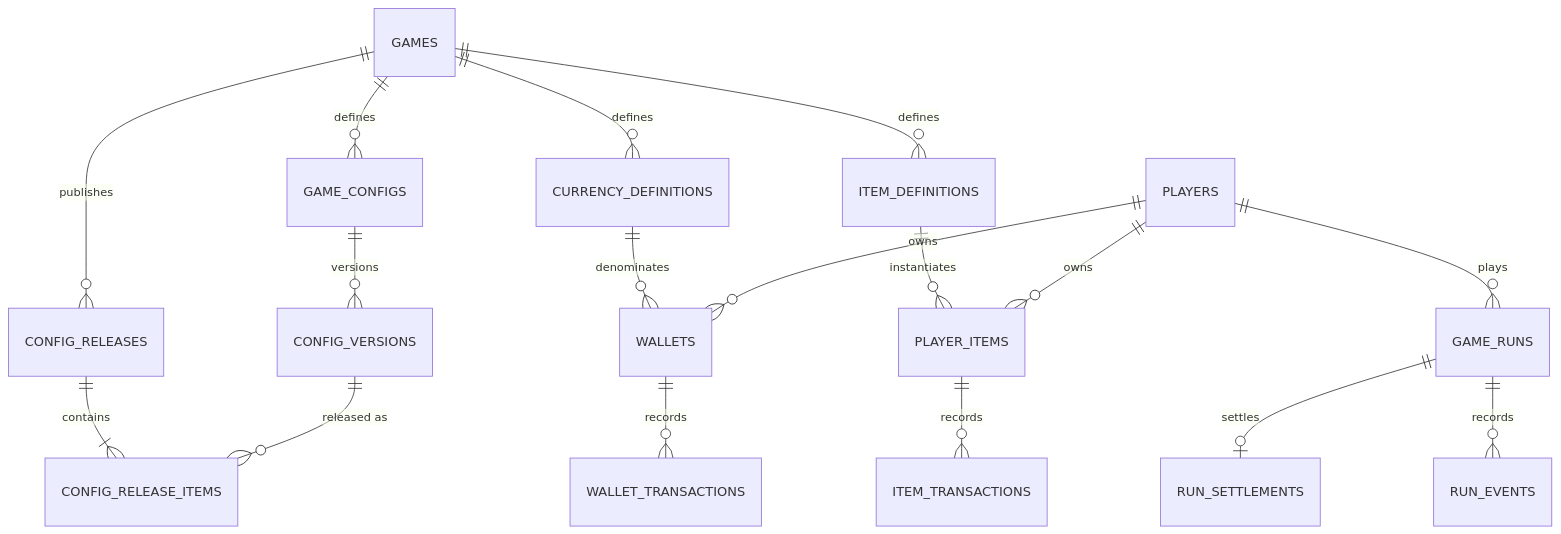
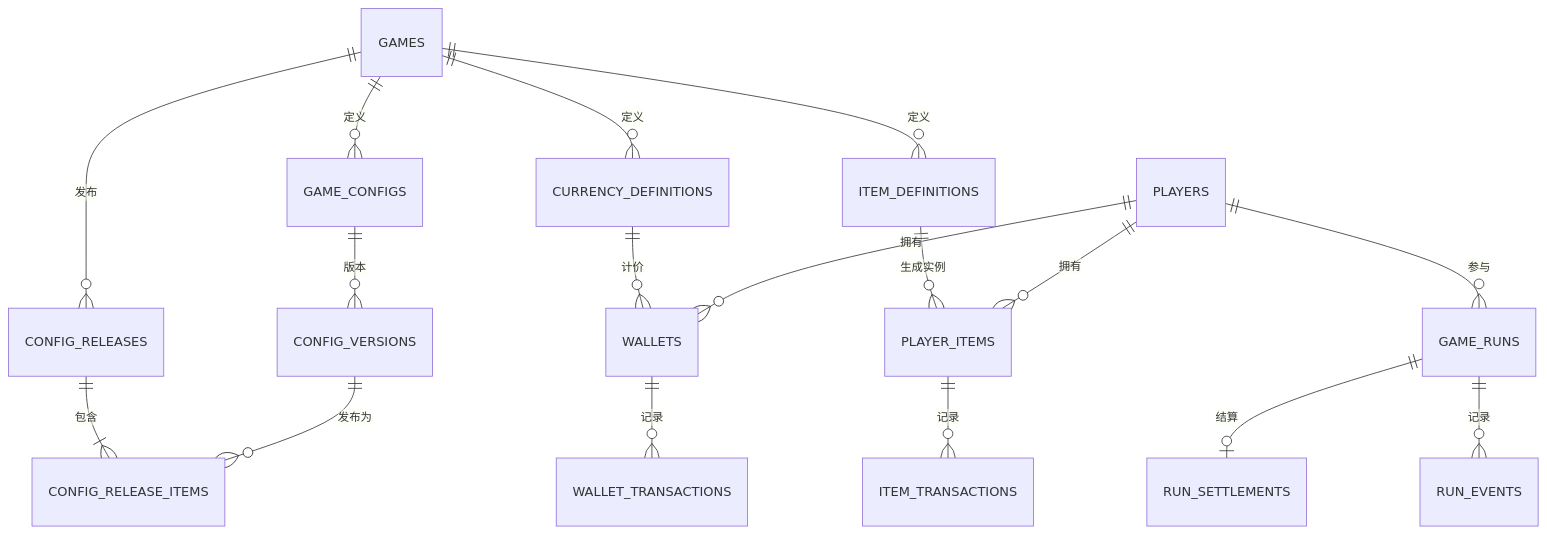
One commit to Sakuya1998/game-platform changed the second of 4 diagrams in docs/database/erd.md. Above: the diagram before and after it, drawn with Mermaid. The commit also changed other lines of this file and 35 other files, not shown here.

````diff
--- a/docs/database/erd.md
+++ b/docs/database/erd.md
@@ -43,19 +43,19 @@
 ```mermaid
 erDiagram
-  GAMES ||--o{ GAME_CONFIGS : defines
-  GAME_CONFIGS ||--o{ CONFIG_VERSIONS : versions
-  GAMES ||--o{ CONFIG_RELEASES : publishes
-  CONFIG_RELEASES ||--|{ CONFIG_RELEASE_ITEMS : contains
-  CONFIG_VERSIONS ||--o{ CONFIG_RELEASE_ITEMS : "released as"
-  PLAYERS ||--o{ GAME_RUNS : plays
-  GAME_RUNS ||--o| RUN_SETTLEMENTS : settles
-  GAME_RUNS ||--o{ RUN_EVENTS : records
-  GAMES ||--o{ CURRENCY_DEFINITIONS : defines
-  CURRENCY_DEFINITIONS ||--o{ WALLETS : denominates
-  PLAYERS ||--o{ WALLETS : owns
-  WALLETS ||--o{ WALLET_TRANSACTIONS : records
-  GAMES ||--o{ ITEM_DEFINITIONS : defines
-  ITEM_DEFINITIONS ||--o{ PLAYER_ITEMS : instantiates
-  PLAYERS ||--o{ PLAYER_ITEMS : owns
-  PLAYER_ITEMS ||--o{ ITEM_TRANSACTIONS : records
+  GAMES ||--o{ GAME_CONFIGS : 定义
+  GAME_CONFIGS ||--o{ CONFIG_VERSIONS : 版本
+  GAMES ||--o{ CONFIG_RELEASES : 发布
+  CONFIG_RELEASES ||--|{ CONFIG_RELEASE_ITEMS : 包含
+  CONFIG_VERSIONS ||--o{ CONFIG_RELEASE_ITEMS : 发布为
+  PLAYERS ||--o{ GAME_RUNS : 参与
+  GAME_RUNS ||--o| RUN_SETTLEMENTS : 结算
+  GAME_RUNS ||--o{ RUN_EVENTS : 记录
+  GAMES ||--o{ CURRENCY_DEFINITIONS : 定义
+  CURRENCY_DEFINITIONS ||--o{ WALLETS : 计价
+  PLAYERS ||--o{ WALLETS : 拥有
+  WALLETS ||--o{ WALLET_TRANSACTIONS : 记录
+  GAMES ||--o{ ITEM_DEFINITIONS : 定义
+  ITEM_DEFINITIONS ||--o{ PLAYER_ITEMS : 生成实例
+  PLAYERS ||--o{ PLAYER_ITEMS : 拥有
+  PLAYER_ITEMS ||--o{ ITEM_TRANSACTIONS : 记录
 ```
````
